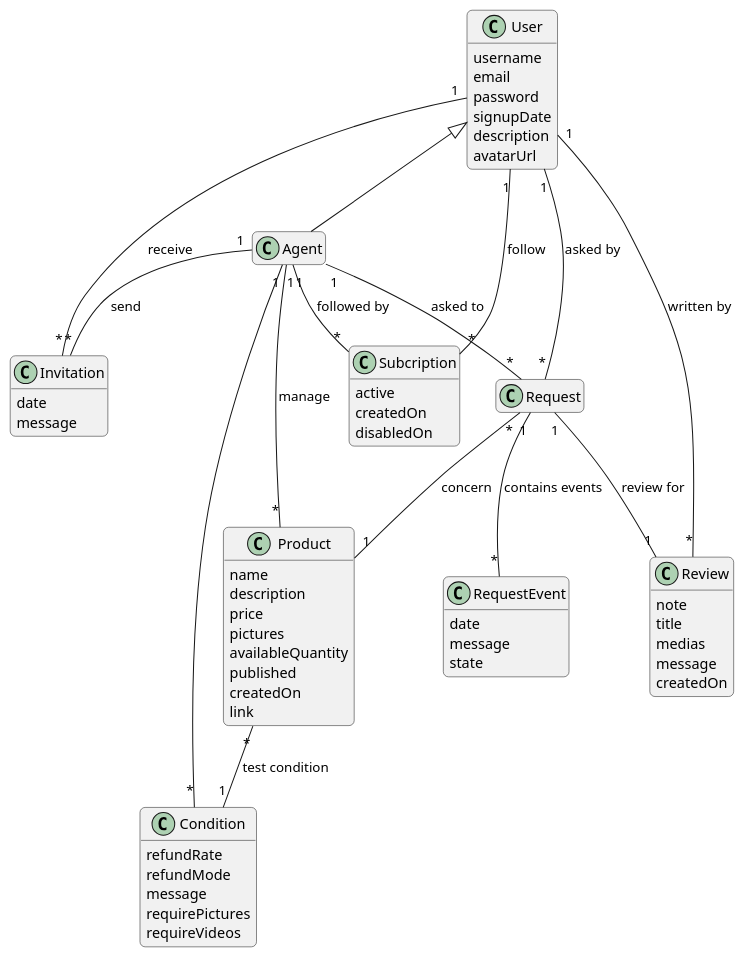
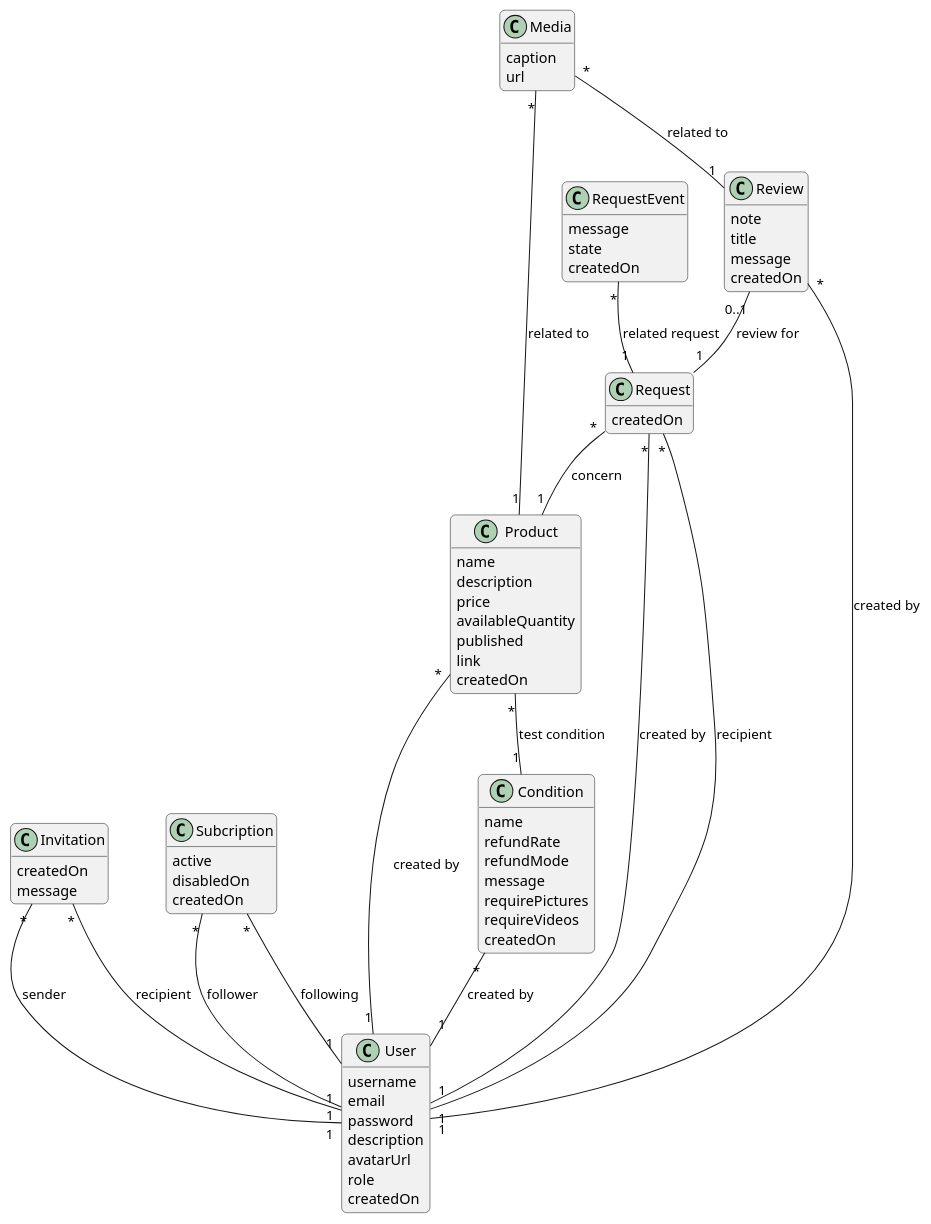
One commit to Livl-Corporation/livl-reviews changed the diagram in models/conceptual.puml. Above: the diagram before and after it, drawn with PlantUML. The commit also changed 1 other file, not shown here.

Commit message:
refactor: remove agent, add medias, normalize relation names

```diff
--- a/models/conceptual.puml
+++ b/models/conceptual.puml
@@ -1,87 +1,93 @@
 @startuml "Livl Reviews"
 
 skinparam roundcorner 10
 hide empty methods
 hide empty members
 
 class User {
     username
     email
     password
-    signupDate
     description
     avatarUrl
-}
-
-class Agent extends User {
-    
+    role
+    createdOn
 }
 
 class Invitation {
-    date
+    createdOn
     message
 }
 
-Agent "1" -- "*" Invitation : send
-User "1" -- "*" Invitation : receive
-
-Agent "1" -- "*" Condition
+class Subcription {
+    active
+    disabledOn
+    createdOn
+}
 
 class Request {
-    
+    createdOn
 }
 
 class RequestEvent {
-    date
     message
     state
+    createdOn
 }
 
 class Review {
     note
     title
-    medias
     message
     createdOn
 }
 
-Review "*" -- "1" User : written by
-Request "1" -- "1" Review : review for
-
 class Condition {
+    name
     refundRate
     refundMode
     message
     requirePictures
     requireVideos
+    createdOn
 }
 
 class Product {
     name
     description
     price
-    pictures
     availableQuantity
     published
+    link    
     createdOn
-    link
 }
 
-Product "*" -- "1" Condition : test condition
-
-User "1" -- "*" Request : asked by
-Agent "1" -- "*" Request : asked to
-Request "1" -- "*" RequestEvent : contains events
-Request "*" -- "1" Product : concern
-Agent "1" -- "*" Product : manage
-
-class Subcription {
-    active
-    createdOn
-    disabledOn
+class Media {
+    caption
+    url
 }
 
-Agent "1" -- "*" Subcription : followed by
-User "1" -- "*" Subcription : follow
+Invitation "*" -- "1" User : sender
+Invitation "*" -- "1" User : recipient
+
+Subcription "*" -- "1" User : follower
+Subcription "*" -- "1" User : following
+
+Request "*" -- "1" Product : concern
+Request "*" -- "1" User : created by
+Request "*" -- "1" User : recipient
+
+RequestEvent "*" -- "1" Request : related request
+
+Review "*" -- "1" User : created by
+Review "0..1" -- "1" Request : review for
+
+Condition "*" -- "1" User : created by
+
+Product "*" -- "1" Condition : test condition
+Product "*" -- "1" User : created by
+
+Media "*" -- "1" Product : related to
+Media "*" -- "1" Review : related to
 
 @enduml
```
